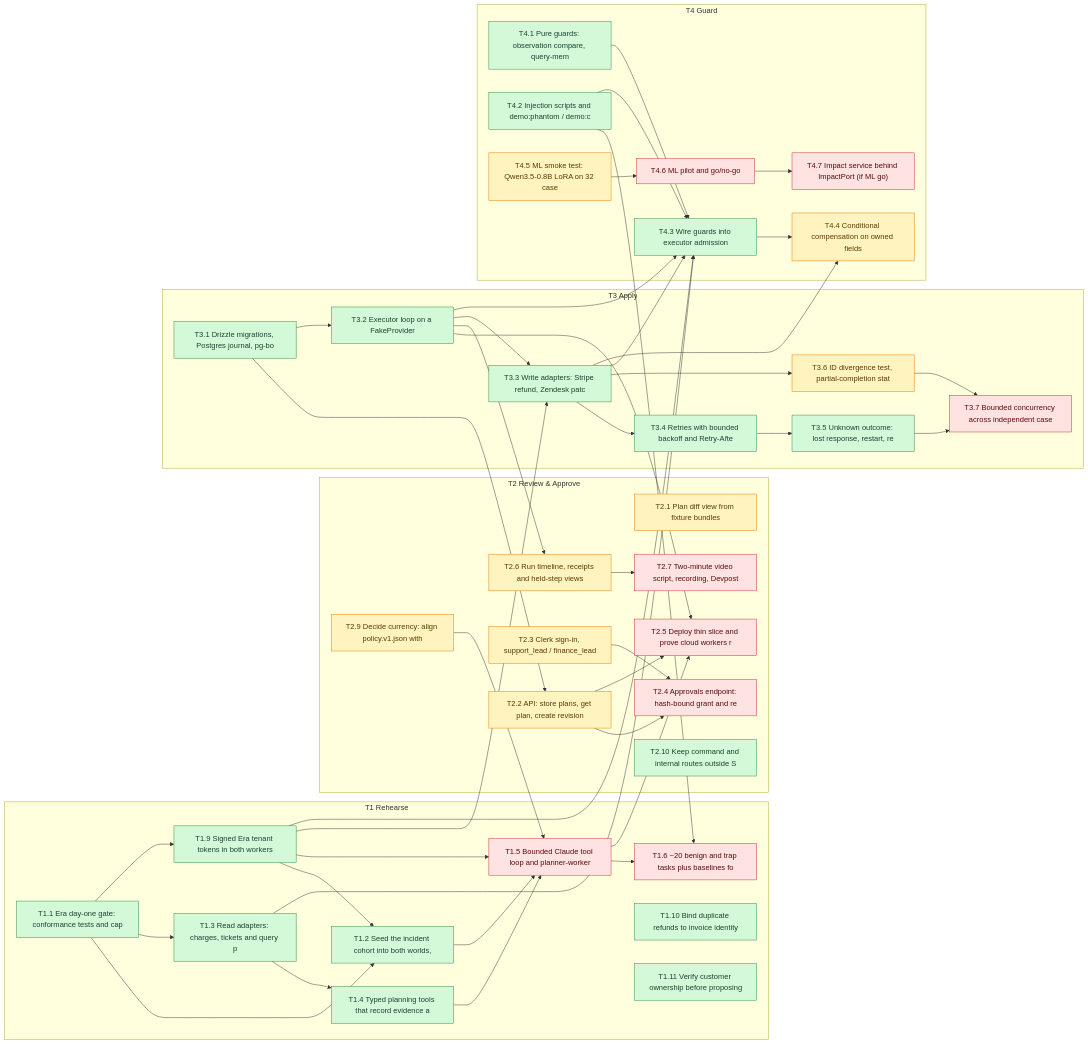
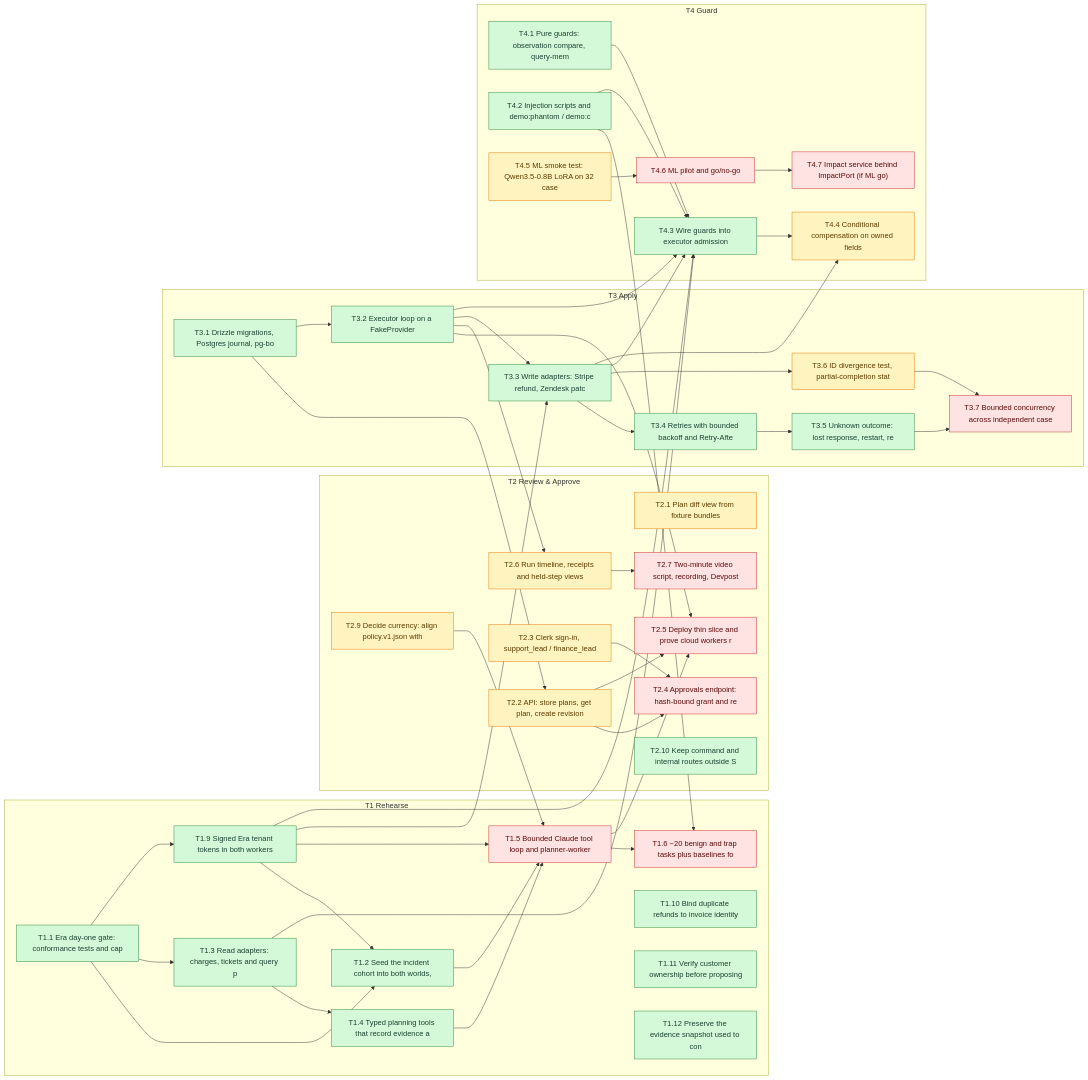
The diagram in BLOCKERS.md (SoroushRF/Rehearsal), drawn with Mermaid before and after one commit. The commit also changed other lines of this file, not shown here.

```diff
--- a/BLOCKERS.md
+++ b/BLOCKERS.md
@@ -101,6 +102,7 @@
     T1_9["T1.9 Signed Era tenant tokens in both workers"]:::done
     T1_10["T1.10 Bind duplicate refunds to invoice identity"]:::done
     T1_11["T1.11 Verify customer ownership before proposing"]:::done
+    T1_12["T1.12 Preserve the evidence snapshot used to con"]:::done
   end
   subgraph T2[T2 Review & Approve]
     T2_1["T2.1 Plan diff view from fixture bundles"]:::ready
```
